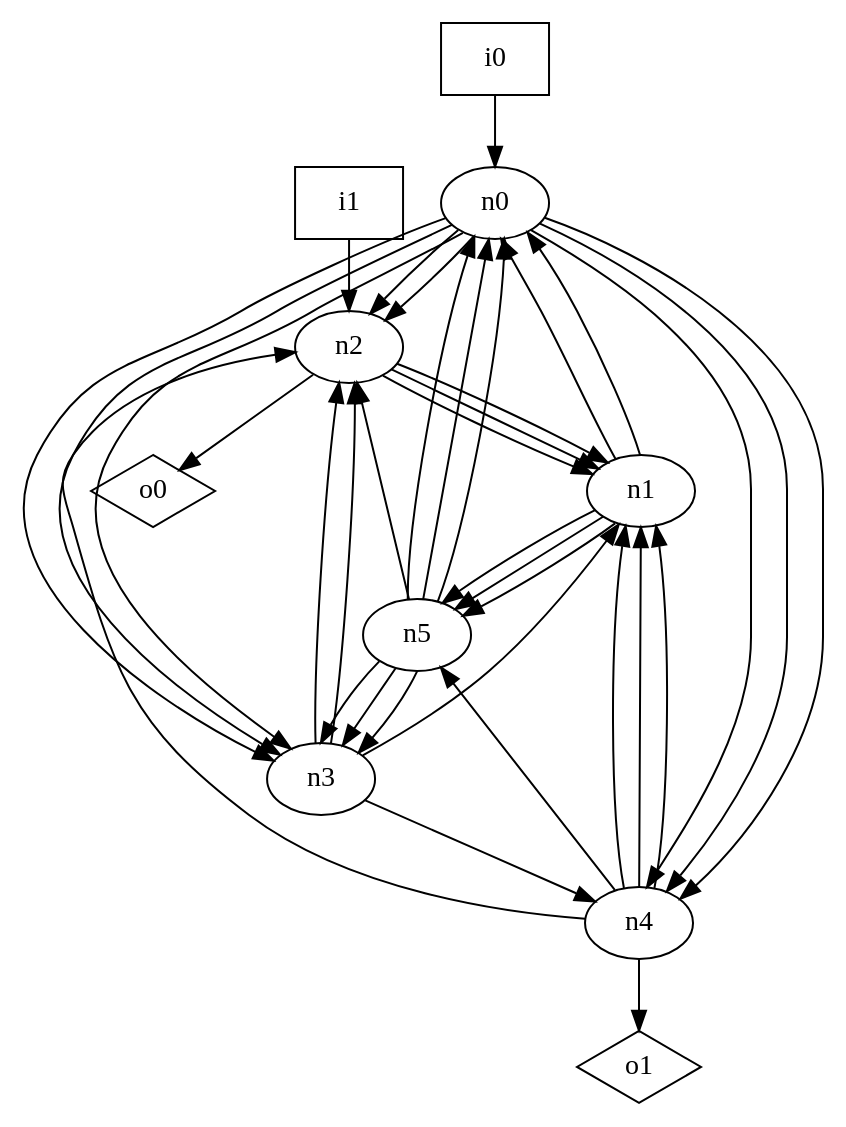
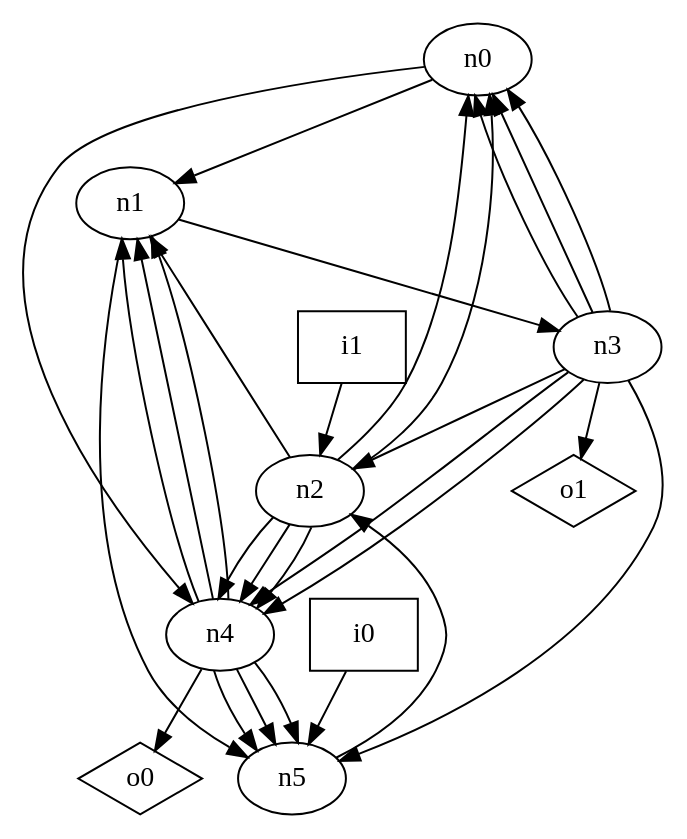
Before and after one commit to p9romain/bool-circuits: the diagram in dot_files/random_graph/oriented_graph.dot, drawn with Graphviz. The commit also changed 47 other files, not shown here.

```diff
--- a/dot_files/random_graph/oriented_graph.dot
+++ b/dot_files/random_graph/oriented_graph.dot
@@ -1,48 +1,40 @@
 digraph G {
 n0 [label="n0"];
 n1 [label="n1"];
 n2 [label="n2"];
 n3 [label="n3"];
 n4 [label="n4"];
 n5 [label="n5"];
 n6 [label="i0",shape="box"];
 n7 [label="i1",shape="box"];
 n8 [label="o0",shape="diamond"];
 n9 [label="o1",shape="diamond"];
-n0 -> n2
-n0 -> n2
-n0 -> n3
-n0 -> n3
-n0 -> n3
+n0 -> n1
 n0 -> n4
-n0 -> n4
-n0 -> n4
-n1 -> n0
-n1 -> n0
+n1 -> n3
 n1 -> n5
-n1 -> n5
-n1 -> n5
+n2 -> n0
+n2 -> n0
 n2 -> n1
-n2 -> n1
-n2 -> n1
-n2 -> n8
-n3 -> n1
-n3 -> n2
+n2 -> n4
+n2 -> n4
+n2 -> n4
+n3 -> n0
+n3 -> n0
+n3 -> n0
 n3 -> n2
 n3 -> n4
+n3 -> n4
+n3 -> n5
+n3 -> n9
 n4 -> n1
 n4 -> n1
 n4 -> n1
-n4 -> n2
 n4 -> n5
-n4 -> n9
-n5 -> n0
-n5 -> n0
-n5 -> n0
+n4 -> n5
+n4 -> n5
+n4 -> n8
 n5 -> n2
-n5 -> n3
-n5 -> n3
-n5 -> n3
-n6 -> n0
+n6 -> n5
 n7 -> n2
 }
```
